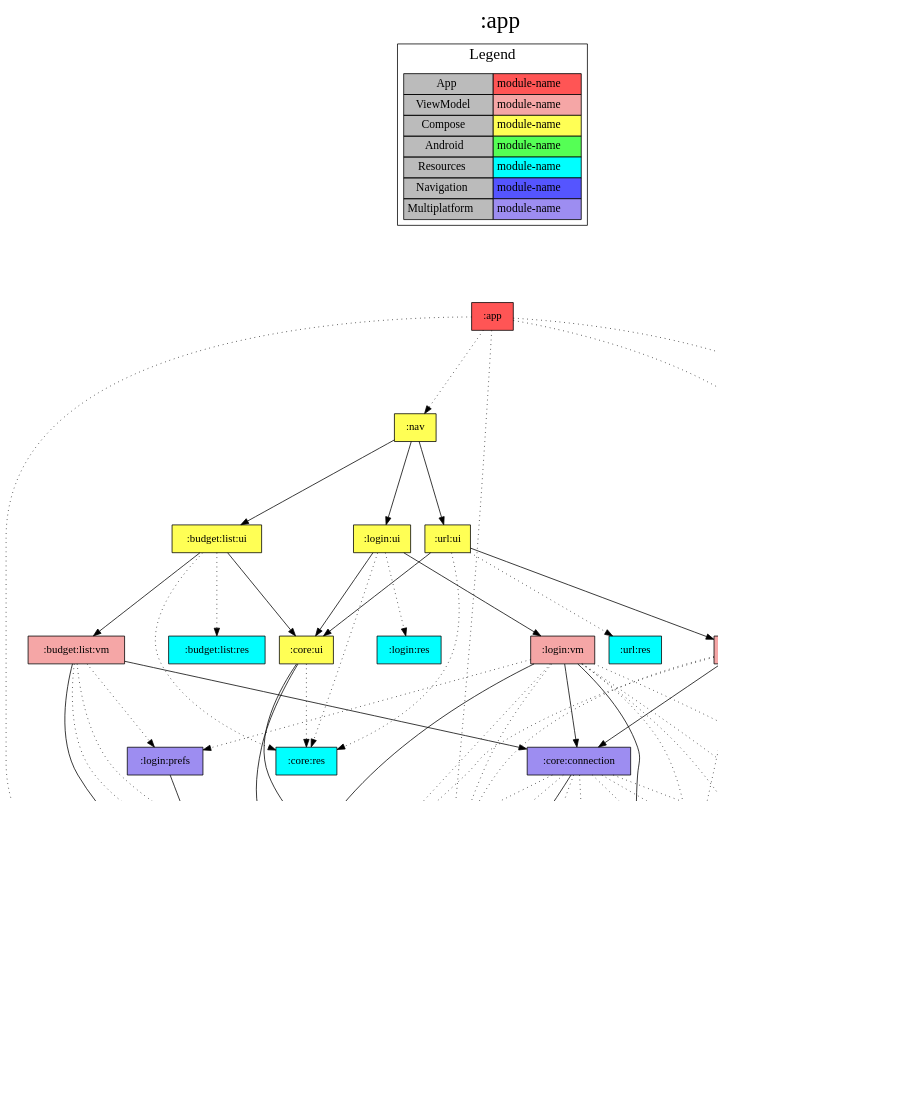
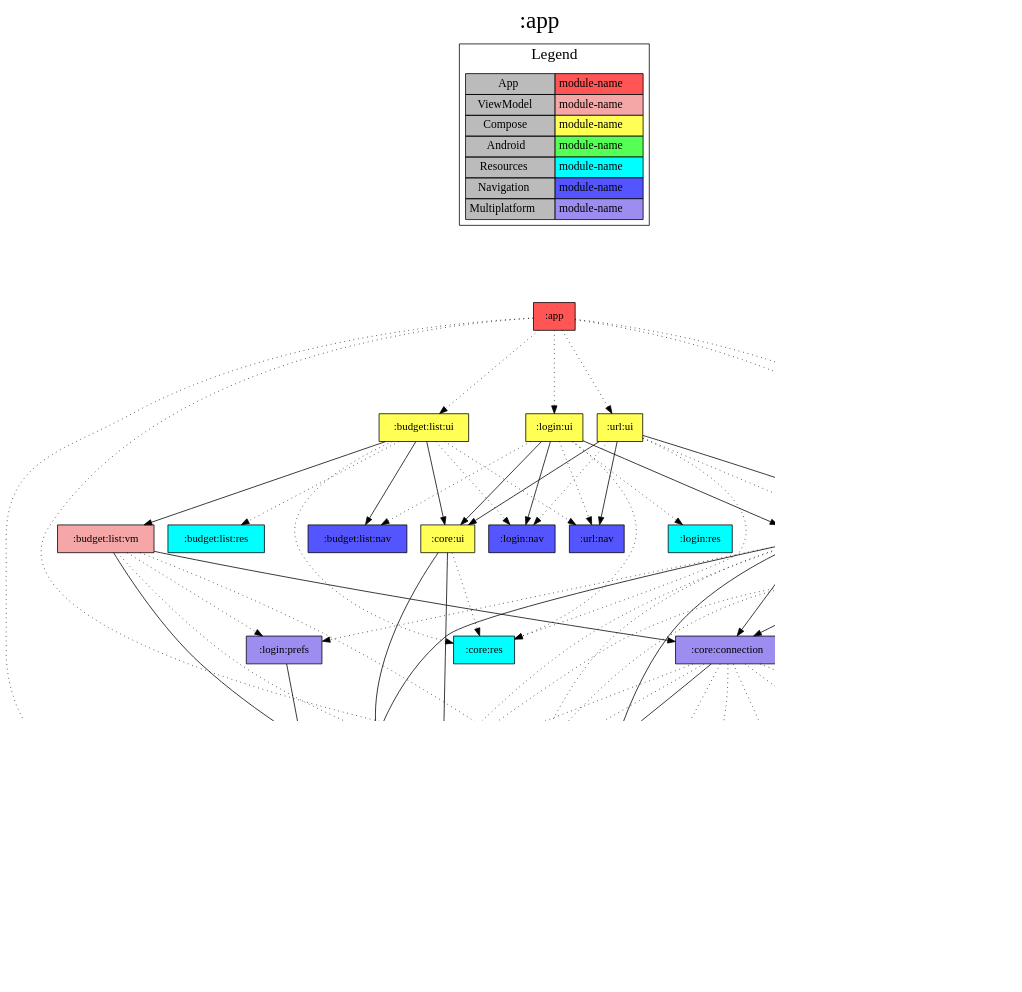
The diagram in app/project-dependency-graph.dot (jonapoul/aktual), drawn with Graphviz before and after one commit. The commit also changed 55 other files, not shown here.

```diff
--- a/app/project-dependency-graph.dot
+++ b/app/project-dependency-graph.dot
@@ -1,110 +1,119 @@
 digraph {
 edge ["dir"="forward"]
 graph ["dpi"="100","label"=":app","labelloc"="t","fontsize"="30","ranksep"="1.5","rankdir"="TB"]
 node ["style"="filled"]
 ":app" ["shape"="box","fillcolor"="#FF5555"]
-":core:buildconfig" ["fillcolor"="#9D8DF1","shape"="box"]
-":core:coroutines" ["fillcolor"="#9D8DF1","shape"="box"]
-":core:log" ["fillcolor"="#9D8DF1","shape"="box"]
-":nav" ["fillcolor"="#FFFF55","shape"="box"]
 ":budget:list:ui" ["fillcolor"="#FFFF55","shape"="box"]
+":budget:list:nav" ["fillcolor"="#5555FF","shape"="box"]
 ":budget:list:vm" ["fillcolor"="#F5A6A6","shape"="box"]
 ":core:connection" ["fillcolor"="#9D8DF1","shape"="box"]
+":core:buildconfig" ["fillcolor"="#9D8DF1","shape"="box"]
 ":api:client" ["fillcolor"="#9D8DF1","shape"="box"]
 ":api:model" ["fillcolor"="#9D8DF1","shape"="box"]
 ":login:model" ["fillcolor"="#9D8DF1","shape"="box"]
 ":url:model" ["fillcolor"="#9D8DF1","shape"="box"]
 ":api:json" ["fillcolor"="#9D8DF1","shape"="box"]
+":core:coroutines" ["fillcolor"="#9D8DF1","shape"="box"]
+":core:log" ["fillcolor"="#9D8DF1","shape"="box"]
 ":core:versions" ["fillcolor"="#9D8DF1","shape"="box"]
 ":url:prefs" ["fillcolor"="#9D8DF1","shape"="box"]
 ":login:prefs" ["fillcolor"="#9D8DF1","shape"="box"]
 ":core:ui" ["fillcolor"="#FFFF55","shape"="box"]
 ":core:res" ["fillcolor"="#00FFFF","shape"="box"]
 ":budget:list:res" ["fillcolor"="#00FFFF","shape"="box"]
+":login:nav" ["fillcolor"="#5555FF","shape"="box"]
+":url:nav" ["fillcolor"="#5555FF","shape"="box"]
 ":login:ui" ["fillcolor"="#FFFF55","shape"="box"]
 ":login:vm" ["fillcolor"="#F5A6A6","shape"="box"]
 ":login:res" ["fillcolor"="#00FFFF","shape"="box"]
 ":url:ui" ["fillcolor"="#FFFF55","shape"="box"]
 ":url:vm" ["fillcolor"="#F5A6A6","shape"="box"]
 ":url:res" ["fillcolor"="#00FFFF","shape"="box"]
 {
 edge ["dir"="none"]
 graph ["rank"="same"]
 ":app"
 }
+":app" -> ":budget:list:ui" ["style"="dotted"]
 ":app" -> ":core:buildconfig" ["style"="dotted"]
 ":app" -> ":core:coroutines" ["style"="dotted"]
 ":app" -> ":core:log" ["style"="dotted"]
-":app" -> ":nav" ["style"="dotted"]
+":app" -> ":login:ui" ["style"="dotted"]
 ":app" -> ":url:prefs" ["style"="dotted"]
-":nav" -> ":budget:list:ui"
-":nav" -> ":login:ui"
-":nav" -> ":url:ui"
+":app" -> ":url:ui" ["style"="dotted"]
+":budget:list:ui" -> ":budget:list:nav"
 ":budget:list:ui" -> ":budget:list:vm"
 ":budget:list:ui" -> ":core:ui"
 ":budget:list:ui" -> ":budget:list:res" ["style"="dotted"]
 ":budget:list:ui" -> ":core:res" ["style"="dotted"]
+":budget:list:ui" -> ":login:nav" ["style"="dotted"]
+":budget:list:ui" -> ":url:nav" ["style"="dotted"]
 ":budget:list:vm" -> ":core:connection"
 ":budget:list:vm" -> ":url:model"
 ":budget:list:vm" -> ":core:versions" ["style"="dotted"]
 ":budget:list:vm" -> ":login:prefs" ["style"="dotted"]
 ":budget:list:vm" -> ":url:prefs" ["style"="dotted"]
 ":core:connection" -> ":core:buildconfig"
 ":core:connection" -> ":api:client" ["style"="dotted"]
 ":core:connection" -> ":api:json" ["style"="dotted"]
 ":core:connection" -> ":core:coroutines" ["style"="dotted"]
 ":core:connection" -> ":core:log" ["style"="dotted"]
 ":core:connection" -> ":core:versions" ["style"="dotted"]
 ":core:connection" -> ":url:model" ["style"="dotted"]
 ":core:connection" -> ":url:prefs" ["style"="dotted"]
 ":api:client" -> ":api:model"
 ":api:client" -> ":url:model"
 ":api:model" -> ":login:model"
 ":core:versions" -> ":core:buildconfig"
 ":url:prefs" -> ":url:model"
 ":login:prefs" -> ":login:model"
 ":core:ui" -> ":core:versions"
 ":core:ui" -> ":url:model"
 ":core:ui" -> ":core:res" ["style"="dotted"]
 ":login:ui" -> ":core:ui"
+":login:ui" -> ":login:nav"
 ":login:ui" -> ":login:vm"
+":login:ui" -> ":budget:list:nav" ["style"="dotted"]
 ":login:ui" -> ":core:res" ["style"="dotted"]
 ":login:ui" -> ":login:res" ["style"="dotted"]
+":login:ui" -> ":url:nav" ["style"="dotted"]
 ":login:vm" -> ":core:connection"
 ":login:vm" -> ":login:model"
 ":login:vm" -> ":url:model"
 ":login:vm" -> ":api:client" ["style"="dotted"]
 ":login:vm" -> ":api:model" ["style"="dotted"]
 ":login:vm" -> ":core:coroutines" ["style"="dotted"]
 ":login:vm" -> ":core:log" ["style"="dotted"]
 ":login:vm" -> ":core:versions" ["style"="dotted"]
 ":login:vm" -> ":login:prefs" ["style"="dotted"]
 ":login:vm" -> ":url:prefs" ["style"="dotted"]
 ":url:ui" -> ":core:ui"
+":url:ui" -> ":url:nav"
 ":url:ui" -> ":url:vm"
 ":url:ui" -> ":core:res" ["style"="dotted"]
+":url:ui" -> ":login:nav" ["style"="dotted"]
 ":url:ui" -> ":url:res" ["style"="dotted"]
 ":url:vm" -> ":core:connection"
 ":url:vm" -> ":url:model"
 ":url:vm" -> ":api:client" ["style"="dotted"]
 ":url:vm" -> ":api:model" ["style"="dotted"]
 ":url:vm" -> ":core:coroutines" ["style"="dotted"]
 ":url:vm" -> ":core:log" ["style"="dotted"]
 ":url:vm" -> ":core:versions" ["style"="dotted"]
 ":url:vm" -> ":url:prefs" ["style"="dotted"]
 subgraph "cluster_legend" {
 edge ["dir"="none"]
 graph ["label"="Legend","fontsize"="20"]
 "Legend" ["style"="filled","fillcolor"="#bbbbbb","shape"="none","margin"="0","fontsize"="15","label"=<
 <TABLE BORDER="0" CELLBORDER="1" CELLSPACING="0" CELLPADDING="4">
 <TR><TD>App</TD><TD BGCOLOR="#FF5555">module-name</TD></TR>
 <TR><TD>ViewModel</TD><TD BGCOLOR="#F5A6A6">module-name</TD></TR>
 <TR><TD>Compose</TD><TD BGCOLOR="#FFFF55">module-name</TD></TR>
 <TR><TD>Android</TD><TD BGCOLOR="#55FF55">module-name</TD></TR>
 <TR><TD>Resources</TD><TD BGCOLOR="#00FFFF">module-name</TD></TR>
 <TR><TD>Navigation</TD><TD BGCOLOR="#5555FF">module-name</TD></TR>
 <TR><TD>Multiplatform</TD><TD BGCOLOR="#9D8DF1">module-name</TD></TR>
 </TABLE>
 >]
 } -> ":app" ["style"="invis"]
 }
```
